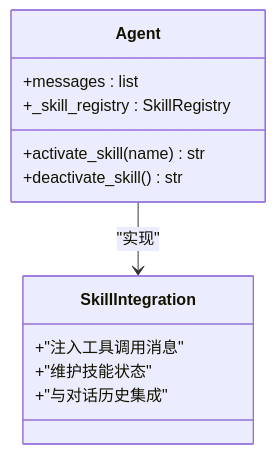
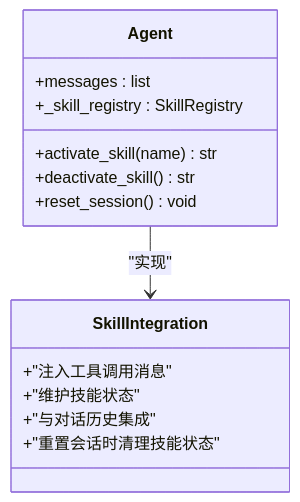
Before and after one commit to 250shiwo/MySmallAgent: the eighth of 11 diagrams in .qoder/repowiki/zh/content/核心模块详解/技能系统.md, drawn with Mermaid. The commit also changed other lines of this file and 31 other files, not shown here.

````diff
--- a/.qoder/repowiki/zh/content/核心模块详解/技能系统.md
+++ b/.qoder/repowiki/zh/content/核心模块详解/技能系统.md
@@ -365,15 +378,17 @@
 ```mermaid
 classDiagram
 class Agent {
 +activate_skill(name) str
 +deactivate_skill() str
++reset_session() void
 +messages : list
 +_skill_registry : SkillRegistry
 }
 class SkillIntegration {
 +"注入工具调用消息"
 +"维护技能状态"
 +"与对话历史集成"
++"重置会话时清理技能状态"
 }
 Agent --> SkillIntegration : "实现"
 ```
````
